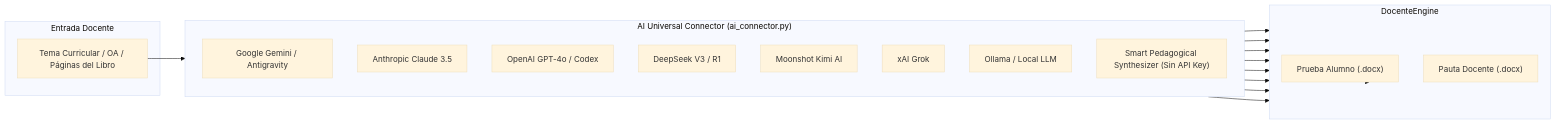
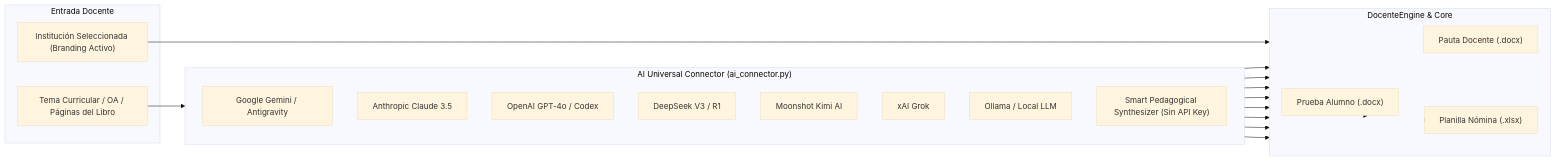
The diagram in README.md (JackStar6677-1/edudocente-studio), drawn with Mermaid (base theme) before and after one commit. The commit also changed other lines of this file and 16 other files, not shown here.

````diff
--- a/README.md
+++ b/README.md
@@ -55,28 +59,32 @@
 ```mermaid
 flowchart LR
     subgraph USER_INPUT ["Entrada Docente"]
         TOPIC["Tema Curricular / OA / Páginas del Libro"]
+        INST["Institución Seleccionada (Branding Activo)"]
     end
 
     subgraph AI_ROUTER ["AI Universal Connector (ai_connector.py)"]
         direction TB
         G["Google Gemini / Antigravity"]
         C["Anthropic Claude 3.5"]
         O["OpenAI GPT-4o / Codex"]
         D["DeepSeek V3 / R1"]
         K["Moonshot Kimi AI"]
         X["xAI Grok"]
         L["Ollama / Local LLM"]
         MOCK["Smart Pedagogical Synthesizer (Sin API Key)"]
     end
 
-    subgraph ENGINE_RENDER ["DocenteEngine"]
+    subgraph ENGINE_RENDER ["DocenteEngine & Core"]
         W_EST["Prueba Alumno (.docx)"]
         W_PAU["Pauta Docente (.docx)"]
+        XLS["Planilla Nómina (.xlsx)"]
     end
 
     TOPIC --> AI_ROUTER
+    INST --> ENGINE_RENDER
     G & C & O & D & K & X & L & MOCK --> ENGINE_RENDER
     ENGINE_RENDER --> W_EST
     ENGINE_RENDER --> W_PAU
+    ENGINE_RENDER --> XLS
 ```
````
